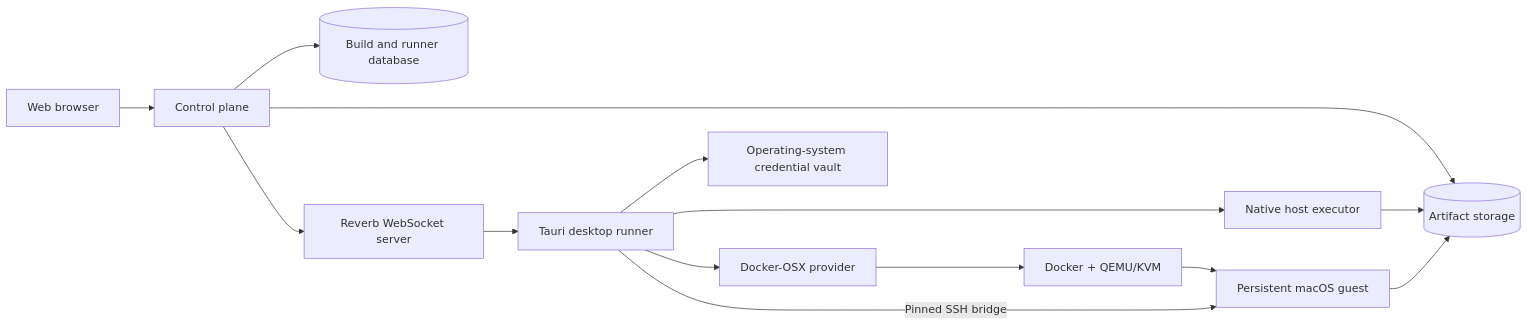
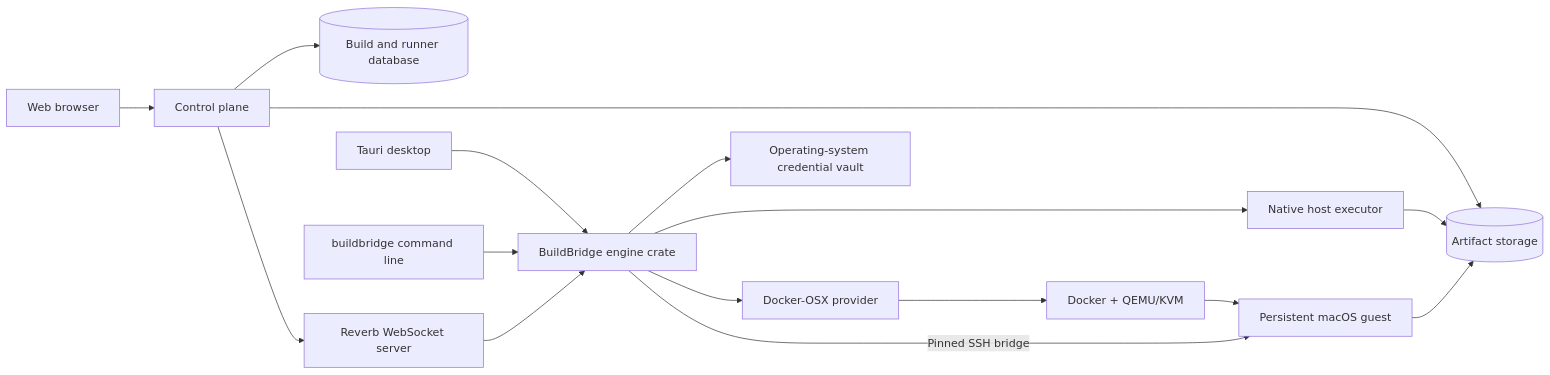
The diagram in docs/PRODUCT_AND_ARCHITECTURE.md (stackrats/buildbridge), drawn with Mermaid before and after one commit. The commit also changed other lines of this file and 3 other files, not shown here.

First line of the commit message:
Docs: the engine and its two clients, everywhere the desktop crate used to be

````diff
--- a/docs/PRODUCT_AND_ARCHITECTURE.md
+++ b/docs/PRODUCT_AND_ARCHITECTURE.md
@@ -78,16 +78,18 @@
 ```mermaid
 flowchart LR
     Browser[Web browser] --> Control[Control plane]
     Control --> Database[(Build and runner database)]
     Control --> Artifacts[(Artifact storage)]
     Control --> Reverb[Reverb WebSocket server]
-    Reverb --> Desktop[Tauri desktop runner]
-    Desktop --> Vault[Operating-system credential vault]
-    Desktop --> Native[Native host executor]
-    Desktop --> Provider[Docker-OSX provider]
+    Reverb --> Engine[BuildBridge engine crate]
+    Desktop[Tauri desktop] --> Engine
+    CLI[buildbridge command line] --> Engine
+    Engine --> Vault[Operating-system credential vault]
+    Engine --> Native[Native host executor]
+    Engine --> Provider[Docker-OSX provider]
     Provider --> Docker[Docker + QEMU/KVM]
     Docker --> Guest[Persistent macOS guest]
-    Desktop -->|Pinned SSH bridge| Guest
+    Engine -->|Pinned SSH bridge| Guest
     Native --> Artifacts
     Guest --> Artifacts
 ```
````
